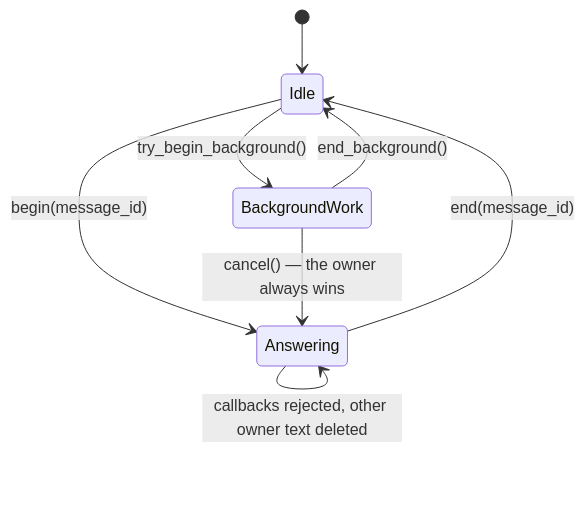
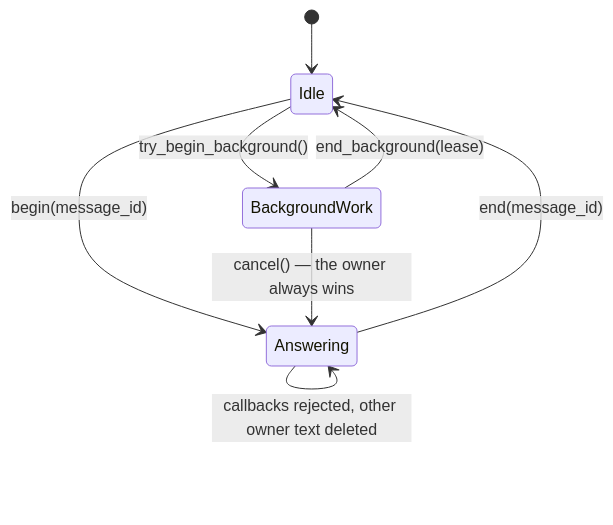
One commit to myvaheed/tg-ai-safwa changed diagram 13 of 13 in docs/AGENT_ARCH.md. Above: the diagram before and after it, drawn with Mermaid. The commit also changed other lines of this file and 23 other files, not shown here.

````diff
--- a/docs/AGENT_ARCH.md
+++ b/docs/AGENT_ARCH.md
@@ -534,10 +538,10 @@
 ```mermaid
 stateDiagram-v2
     [*] --> Idle
     Idle --> Answering: begin(message_id)
     Idle --> BackgroundWork: try_begin_background()
     Answering --> Idle: end(message_id)
-    BackgroundWork --> Idle: end_background()
+    BackgroundWork --> Idle: end_background(lease)
     Answering --> Answering: callbacks rejected, other owner text deleted
     BackgroundWork --> Answering: cancel() — the owner always wins
 ```
````
